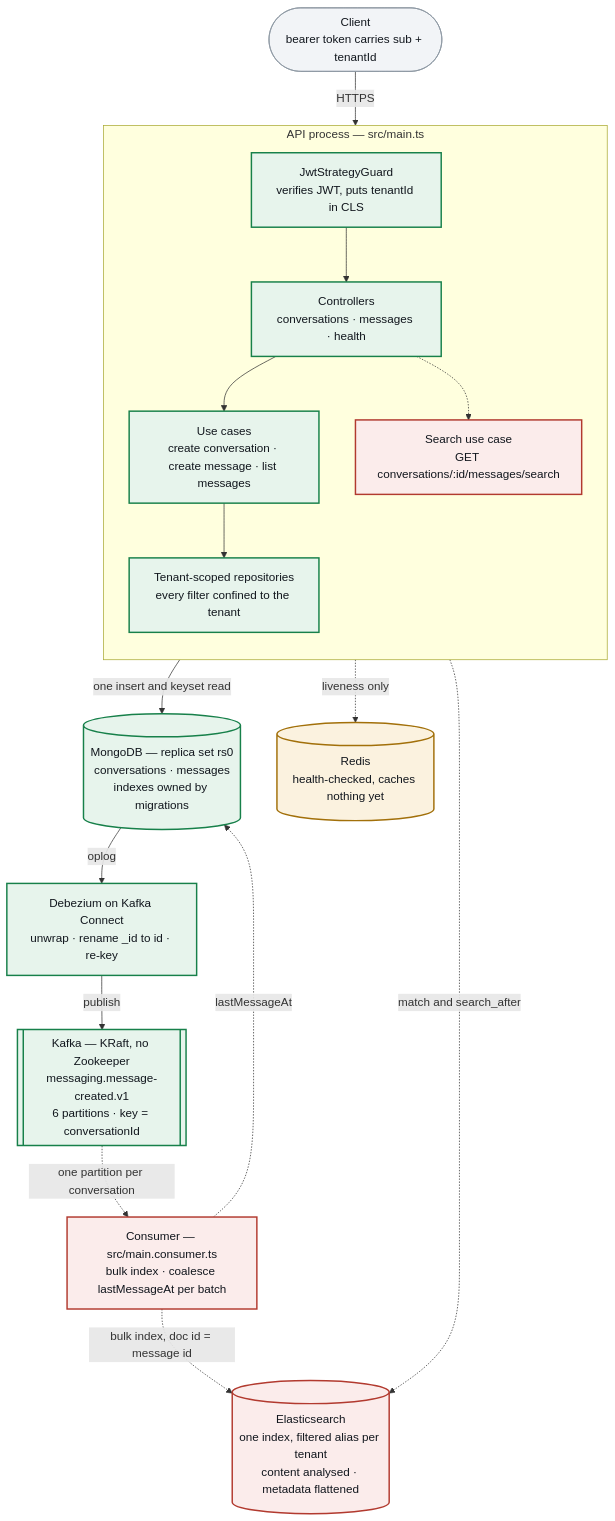
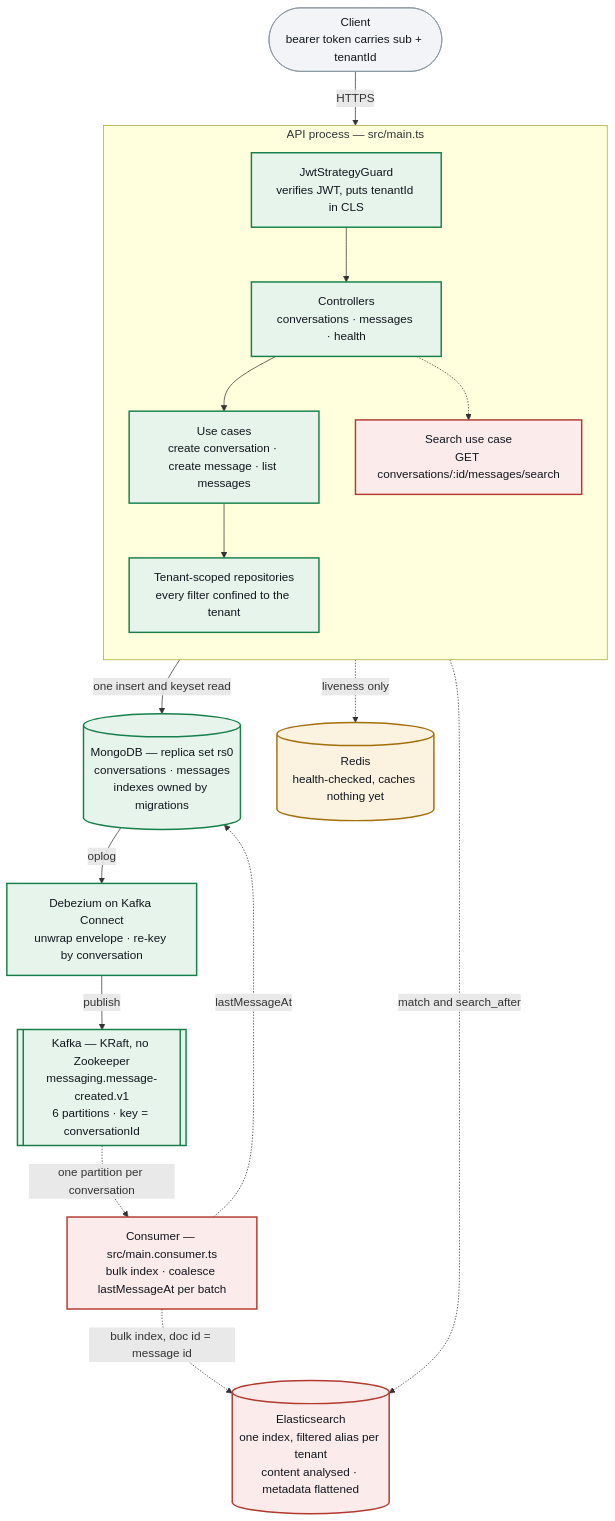
Before and after one commit to tiennguyen1203/tawkto-messaging: the diagram in docs/architecture.md, drawn with Mermaid. The commit also changed 3 other files, not shown here.

````diff
--- a/docs/architecture.md
+++ b/docs/architecture.md
@@ -12,44 +12,44 @@
 ```mermaid
 flowchart TD
     client(["Client<br/>bearer token carries sub + tenantId"])
 
     subgraph api["API process — src/main.ts"]
         direction TB
         guard["JwtStrategyGuard<br/>verifies JWT, puts tenantId in CLS"]
         ctl["Controllers<br/>conversations · messages · health"]
         uc["Use cases<br/>create conversation · create message · list messages"]
         repo["Tenant-scoped repositories<br/>every filter confined to the tenant"]
         searchuc["Search use case<br/>GET conversations/:id/messages/search"]
     end
 
     mongo[("MongoDB — replica set rs0<br/>conversations · messages<br/>indexes owned by migrations")]
     redis[("Redis<br/>health-checked, caches nothing yet")]
-    dbz["Debezium on Kafka Connect<br/>unwrap · rename _id to id · re-key"]
+    dbz["Debezium on Kafka Connect<br/>unwrap envelope · re-key by conversation"]
     kafka[["Kafka — KRaft, no Zookeeper<br/>messaging.message-created.v1<br/>6 partitions · key = conversationId"]]
     consumer["Consumer — src/main.consumer.ts<br/>bulk index · coalesce lastMessageAt per batch"]
     es[("Elasticsearch<br/>one index, filtered alias per tenant<br/>content analysed · metadata flattened")]
 
     client -->|HTTPS| guard
     guard --> ctl
     ctl --> uc
     uc --> repo
     repo -->|one insert and keyset read| mongo
     repo -.->|liveness only| redis
     mongo -->|oplog| dbz
     dbz -->|publish| kafka
     kafka -.->|one partition per conversation| consumer
     consumer -.->|bulk index, doc id = message id| es
     consumer -.->|lastMessageAt| mongo
     ctl -.-> searchuc
     searchuc -.->|match and search_after| es
 
     classDef done fill:#e7f4ec,stroke:#17804a,stroke-width:2px,color:#11161d
     classDef wip fill:#fbf2df,stroke:#a2700a,stroke-width:2px,color:#11161d
     classDef todo fill:#fbeceb,stroke:#b23a2f,stroke-width:2px,color:#11161d
     classDef plain fill:#f2f4f7,stroke:#8b95a1,stroke-width:1px,color:#11161d
 
     class client plain
     class guard,ctl,uc,repo,mongo,dbz,kafka done
     class redis wip
     class consumer,es,searchuc todo
 ```
````
